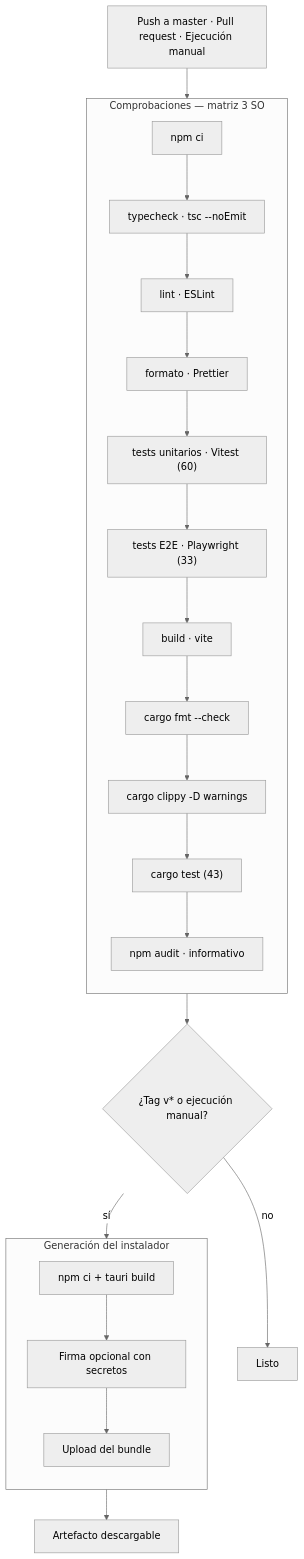
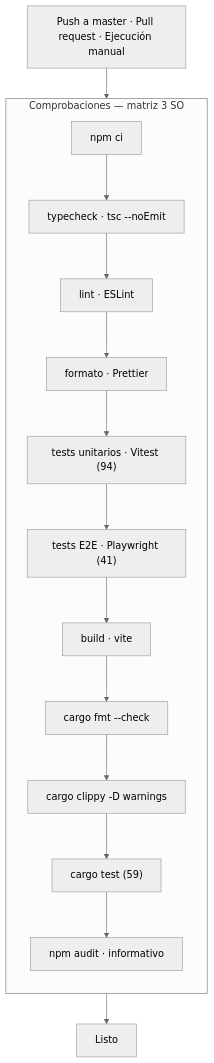
One commit to YordanoCS1/sakura-music changed the diagram in docs/pipeline.md. Above: the diagram before and after it, drawn with Mermaid (neutral theme). The commit also changed other lines of this file and 25 other files, not shown here.

````diff
--- a/docs/pipeline.md
+++ b/docs/pipeline.md
@@ -7,29 +11,20 @@
 ```mermaid
 flowchart TD
     IN["Push a master · Pull request · Ejecución manual"] --> CHK
 
     subgraph CHK["Comprobaciones — matriz 3 SO"]
       direction TB
       S1["npm ci"] --> S2["typecheck · tsc --noEmit"]
       S2 --> S3["lint · ESLint"]
       S3 --> S4["formato · Prettier"]
-      S4 --> S5["tests unitarios · Vitest (60)"]
-      S5 --> S6["tests E2E · Playwright (33)"]
+      S4 --> S5["tests unitarios · Vitest (94)"]
+      S5 --> S6["tests E2E · Playwright (41)"]
       S6 --> S7["build · vite"]
       S7 --> S8["cargo fmt --check"]
       S8 --> S9["cargo clippy -D warnings"]
-      S9 --> S10["cargo test (43)"]
+      S9 --> S10["cargo test (59)"]
       S10 --> S11["npm audit · informativo"]
     end
 
-    CHK --> GATE{"¿Tag v* o ejecución manual?"}
-    GATE -->|"no"| FIN["Listo"]
-    GATE -->|"sí"| BUILD["Job build · windows-latest"]
-
-    subgraph BUILD["Generación del instalador"]
-      direction TB
-      B1["npm ci + tauri build"] --> B2["Firma opcional con secretos"] --> B3["Upload del bundle"]
-    end
-
-    BUILD --> FIN2["Artefacto descargable"]
+    CHK --> FIN["Listo"]
 ```
````
